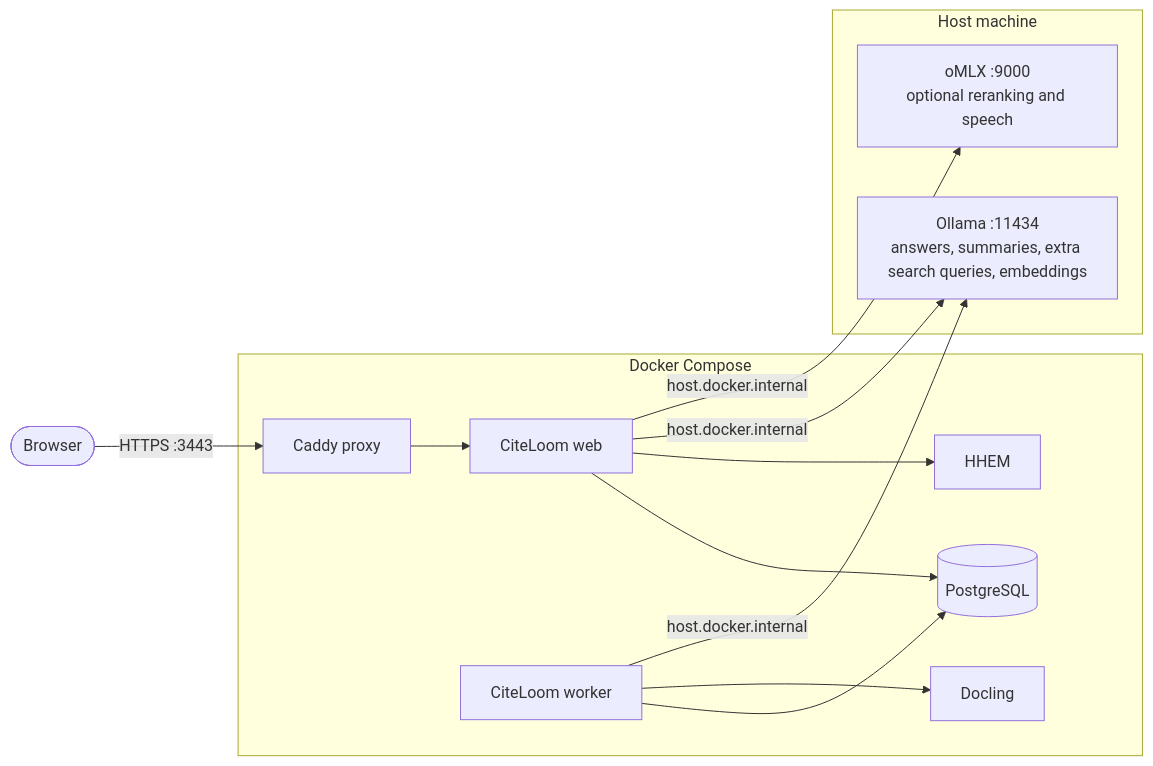
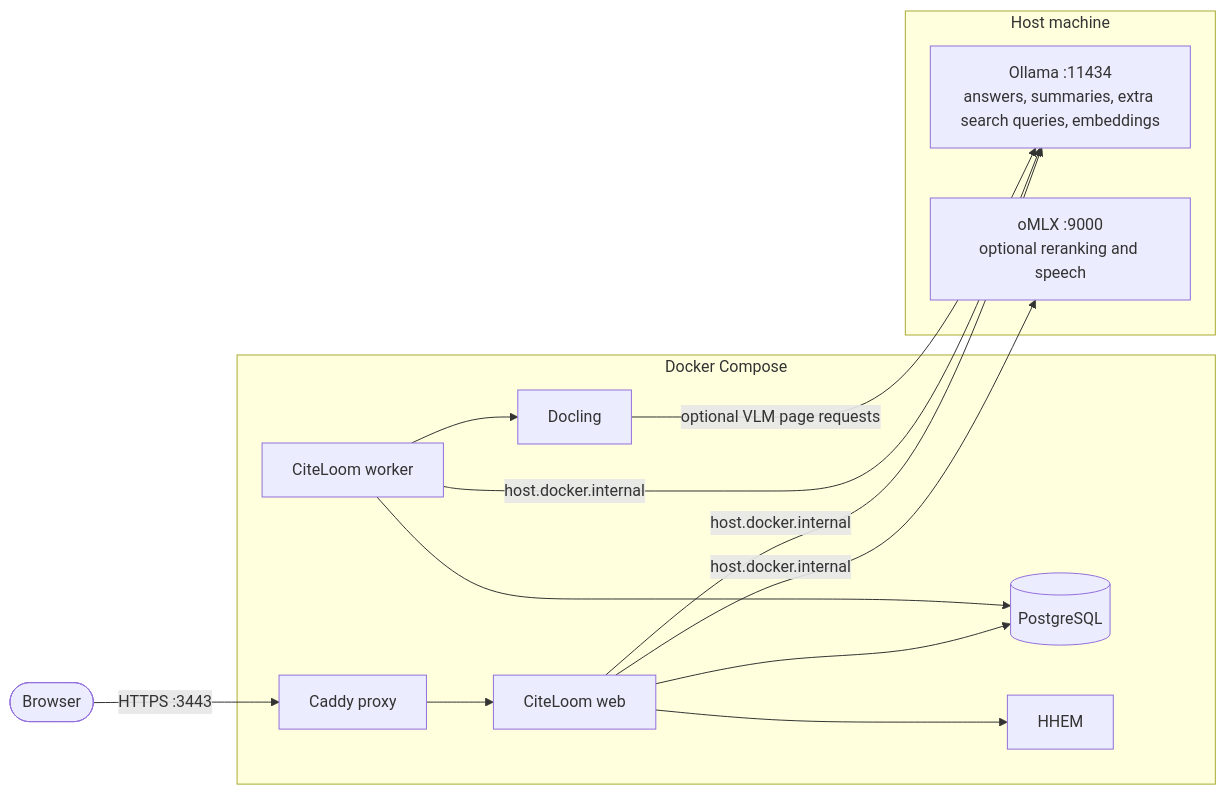
The first of 2 diagrams in README.md (sageil/citeloom), drawn with Mermaid before and after one commit. The commit also changed other lines of this file and 60 other files, not shown here.

````diff
--- a/README.md
+++ b/README.md
@@ -137,21 +147,22 @@
 ```mermaid
 flowchart LR
     Browser([Browser]) -->|HTTPS :3443| Proxy[Caddy proxy]
 
     subgraph Docker[Docker Compose]
         Proxy --> Web[CiteLoom web]
         Web --> Database[(PostgreSQL)]
         Worker[CiteLoom worker] --> Database
         Worker --> Docling[Docling]
         Web --> HHEM[HHEM]
     end
 
     subgraph Host[Host machine]
         Ollama[Ollama :11434<br/>answers, summaries, extra search queries, embeddings]
         OMLX[oMLX :9000<br/>optional reranking and speech]
     end
 
     Web -->|host.docker.internal| Ollama
     Worker -->|host.docker.internal| Ollama
+    Docling -->|optional VLM page requests| Ollama
     Web -->|host.docker.internal| OMLX
 ```
````
